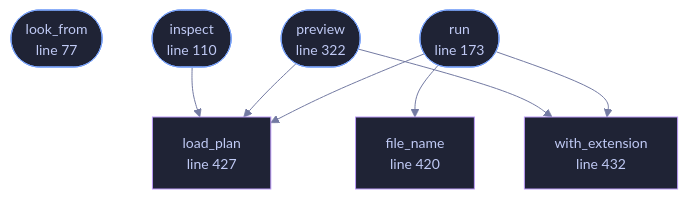
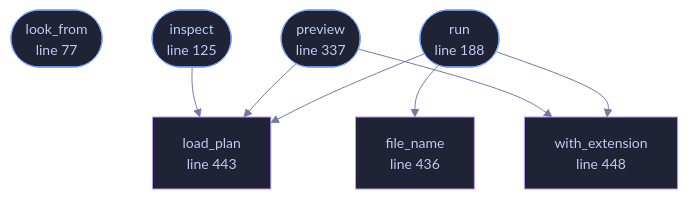
Before and after one commit to tilas01/veilvoice: the diagram in wiki/File-veilvoice-cli-conversation.md, drawn with Mermaid. The commit also changed other lines of this file and 32 other files, not shown here.

````diff
--- a/wiki/File-veilvoice-cli-conversation.md
+++ b/wiki/File-veilvoice-cli-conversation.md
@@ -94,28 +94,28 @@
 ```mermaid
 %%{init: {"theme":"base","themeVariables":{"background":"#1a1b26","primaryColor":"#1f2335","primaryTextColor":"#c0caf5","primaryBorderColor":"#7aa2f7","secondaryColor":"#16161e","tertiaryColor":"#16161e","lineColor":"#737aa2","textColor":"#c0caf5","mainBkg":"#1f2335","nodeBorder":"#7aa2f7","clusterBkg":"#16161e","clusterBorder":"#2f3549","fontFamily":"ui-monospace, SFMono-Regular, Consolas, monospace","fontSize":"14px"}}}%%
 flowchart TD
     n_look_from(["look_from<br/>line 77"])
-    n_inspect(["inspect<br/>line 110"])
-    n_run(["run<br/>line 173"])
-    n_preview(["preview<br/>line 322"])
-    n_file_name["file_name<br/>line 420"]
-    n_load_plan["load_plan<br/>line 427"]
-    n_with_extension["with_extension<br/>line 432"]
+    n_inspect(["inspect<br/>line 125"])
+    n_run(["run<br/>line 188"])
+    n_preview(["preview<br/>line 337"])
+    n_file_name["file_name<br/>line 436"]
+    n_load_plan["load_plan<br/>line 443"]
+    n_with_extension["with_extension<br/>line 448"]
     n_inspect --> n_load_plan
     n_preview --> n_load_plan
     n_preview --> n_with_extension
     n_run --> n_file_name
     n_run --> n_load_plan
     n_run --> n_with_extension
     click n_look_from href "https://github.com/tilas01/veilvoice/blob/main/crates/veilvoice-cli/src/conversation.rs#L77" "open the source"
-    click n_inspect href "https://github.com/tilas01/veilvoice/blob/main/crates/veilvoice-cli/src/conversation.rs#L110" "open the source"
-    click n_run href "https://github.com/tilas01/veilvoice/blob/main/crates/veilvoice-cli/src/conversation.rs#L173" "open the source"
-    click n_preview href "https://github.com/tilas01/veilvoice/blob/main/crates/veilvoice-cli/src/conversation.rs#L322" "open the source"
-    click n_file_name href "https://github.com/tilas01/veilvoice/blob/main/crates/veilvoice-cli/src/conversation.rs#L420" "open the source"
-    click n_load_plan href "https://github.com/tilas01/veilvoice/blob/main/crates/veilvoice-cli/src/conversation.rs#L427" "open the source"
-    click n_with_extension href "https://github.com/tilas01/veilvoice/blob/main/crates/veilvoice-cli/src/conversation.rs#L432" "open the source"
+    click n_inspect href "https://github.com/tilas01/veilvoice/blob/main/crates/veilvoice-cli/src/conversation.rs#L125" "open the source"
+    click n_run href "https://github.com/tilas01/veilvoice/blob/main/crates/veilvoice-cli/src/conversation.rs#L188" "open the source"
+    click n_preview href "https://github.com/tilas01/veilvoice/blob/main/crates/veilvoice-cli/src/conversation.rs#L337" "open the source"
+    click n_file_name href "https://github.com/tilas01/veilvoice/blob/main/crates/veilvoice-cli/src/conversation.rs#L436" "open the source"
+    click n_load_plan href "https://github.com/tilas01/veilvoice/blob/main/crates/veilvoice-cli/src/conversation.rs#L443" "open the source"
+    click n_with_extension href "https://github.com/tilas01/veilvoice/blob/main/crates/veilvoice-cli/src/conversation.rs#L448" "open the source"
     classDef entry fill:#1f2335,stroke:#7aa2f7,color:#c0caf5
     class n_look_from,n_inspect,n_run,n_preview entry
     classDef helper fill:#1f2335,stroke:#bb9af7,color:#c0caf5
     class n_file_name,n_load_plan,n_with_extension helper
 ```
````
